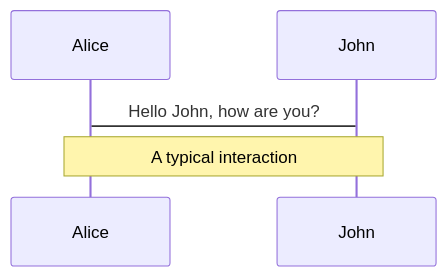
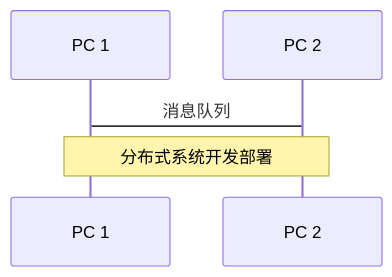
The first of 4 diagrams in slides.md (Arkrypto/Bears-PPT), drawn with Mermaid before and after one commit. The commit also changed other lines of this file and 1 other file, not shown here.

````diff
--- a/slides.md
+++ b/slides.md
@@ -308,5 +327,5 @@
 ```mermaid {scale: 0.5}
 sequenceDiagram
-    Alice->John: Hello John, how are you?
-    Note over Alice,John: A typical interaction
+    PC 1->PC 2: 消息队列
+    Note over PC 1,PC 2: 分布式系统开发部署
 ```
````
